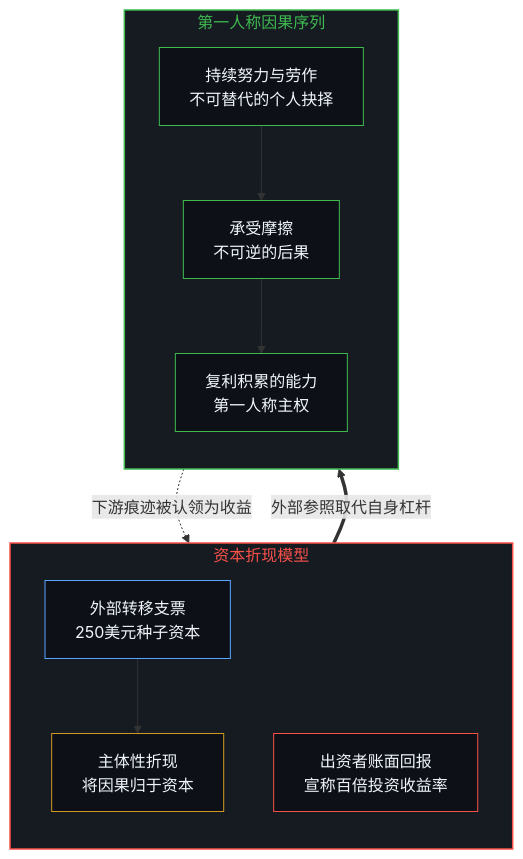
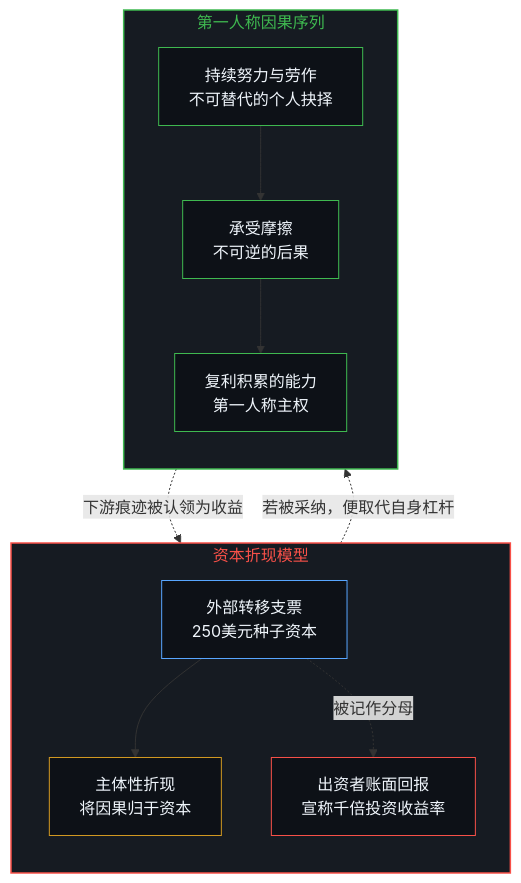
Before and after one commit to powerpig99/not-a-toe: the first of 4 diagrams in content/posts/the-discount-on-agency.md, drawn with Mermaid. The commit also changed other lines of this file and 4 other files, not shown here.

````diff
--- a/content/posts/the-discount-on-agency.md
+++ b/content/posts/the-discount-on-agency.md
@@ -17,27 +17,28 @@
 ```mermaid
 flowchart TD
   subgraph S_FIN["资本折现模型"]
     direction TB
     C_IN["外部转移支票<br/>250美元种子资本"]
-    C_RET["出资者账面回报<br/>宣称百倍投资收益率"]
     C_DISC["主体性折现<br/>将因果归于资本"]
+    C_RET["出资者账面回报<br/>宣称千倍投资收益率"]
   end
   subgraph S_ACT["第一人称因果序列"]
     direction TB
     A_ACT["持续努力与劳作<br/>不可替代的个人抉择"]
     A_FRIC["承受摩擦<br/>不可逆的后果"]
     A_GROW["复利积累的能力<br/>第一人称主权"]
   end
   C_IN --> C_DISC
+  C_IN -.->|"被记作分母"| C_RET
   A_ACT --> A_FRIC --> A_GROW
   A_GROW -.->|"下游痕迹被认领为收益"| C_RET
-  C_DISC ==>|"外部参照取代自身杠杆"| A_ACT
+  C_DISC -.->|"若被采纳，便取代自身杠杆"| A_ACT
   style S_FIN fill:#161b22,stroke:#f85149,stroke-width:1.5px,color:#f85149
   style S_ACT fill:#161b22,stroke:#3fb950,stroke-width:1.5px,color:#3fb950
   style C_IN fill:#0d1117,stroke:#58a6ff,stroke-width:1px,color:#f0f6fc
   style C_RET fill:#0d1117,stroke:#f85149,stroke-width:1px,color:#f0f6fc
   style C_DISC fill:#0d1117,stroke:#d29922,stroke-width:1px,color:#f0f6fc
   style A_ACT fill:#0d1117,stroke:#3fb950,stroke-width:1px,color:#f0f6fc
   style A_FRIC fill:#0d1117,stroke:#3fb950,stroke-width:1px,color:#f0f6fc
   style A_GROW fill:#0d1117,stroke:#3fb950,stroke-width:1px,color:#f0f6fc
 ```
````
